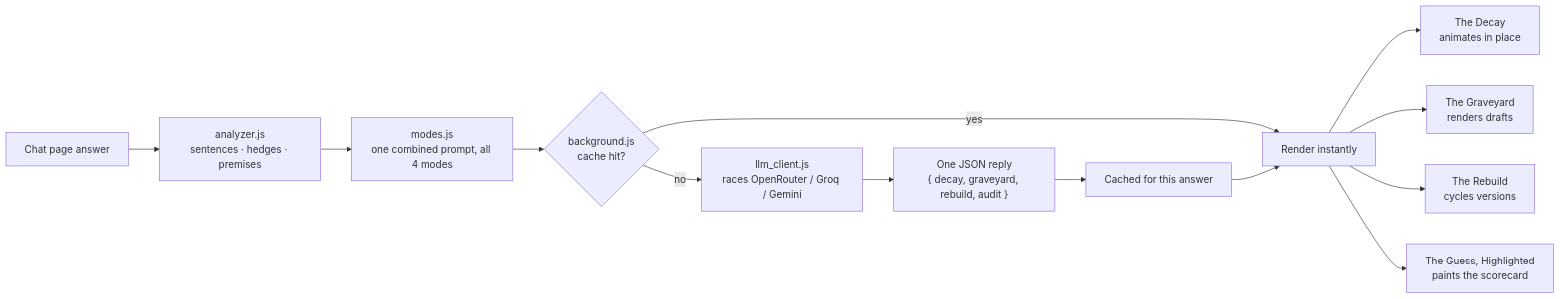
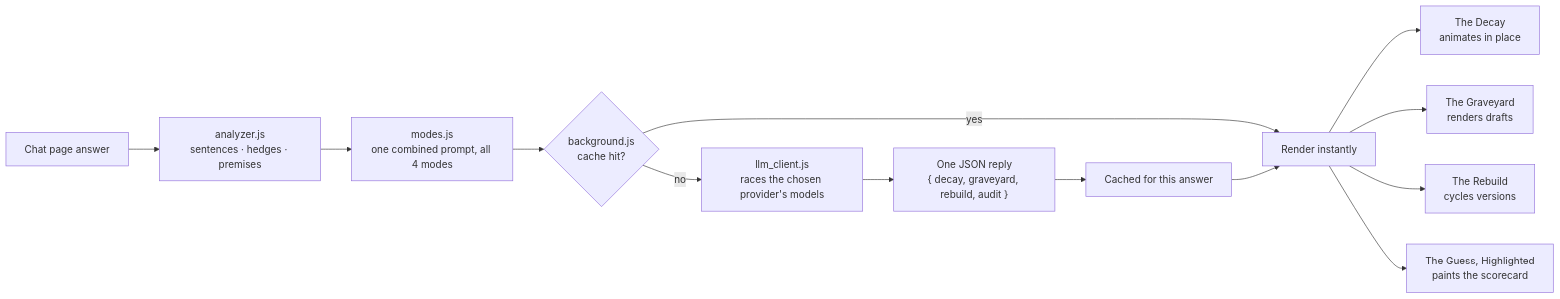
The first of 2 diagrams in README.md (adwaitm0106/argue-back), drawn with Mermaid before and after one commit. The commit also changed other lines of this file and 13 other files, not shown here.

````diff
--- a/README.md
+++ b/README.md
@@ -59,15 +59,15 @@
 ```mermaid
 flowchart LR
     A["Chat page answer"] --> B["analyzer.js\nsentences · hedges · premises"]
     B --> C["modes.js\none combined prompt, all 4 modes"]
     C --> D{"background.js\ncache hit?"}
     D -- yes --> H["Render instantly"]
-    D -- no --> E["llm_client.js\nraces OpenRouter / Groq / Gemini"]
+    D -- no --> E["llm_client.js\nraces the chosen provider's models"]
     E --> F["One JSON reply\n{ decay, graveyard, rebuild, audit }"]
     F --> G["Cached for this answer"]
     G --> H
     H --> I1["The Decay\nanimates in place"]
     H --> I2["The Graveyard\nrenders drafts"]
     H --> I3["The Rebuild\ncycles versions"]
     H --> I4["The Guess, Highlighted\npaints the scorecard"]
 ```
````
